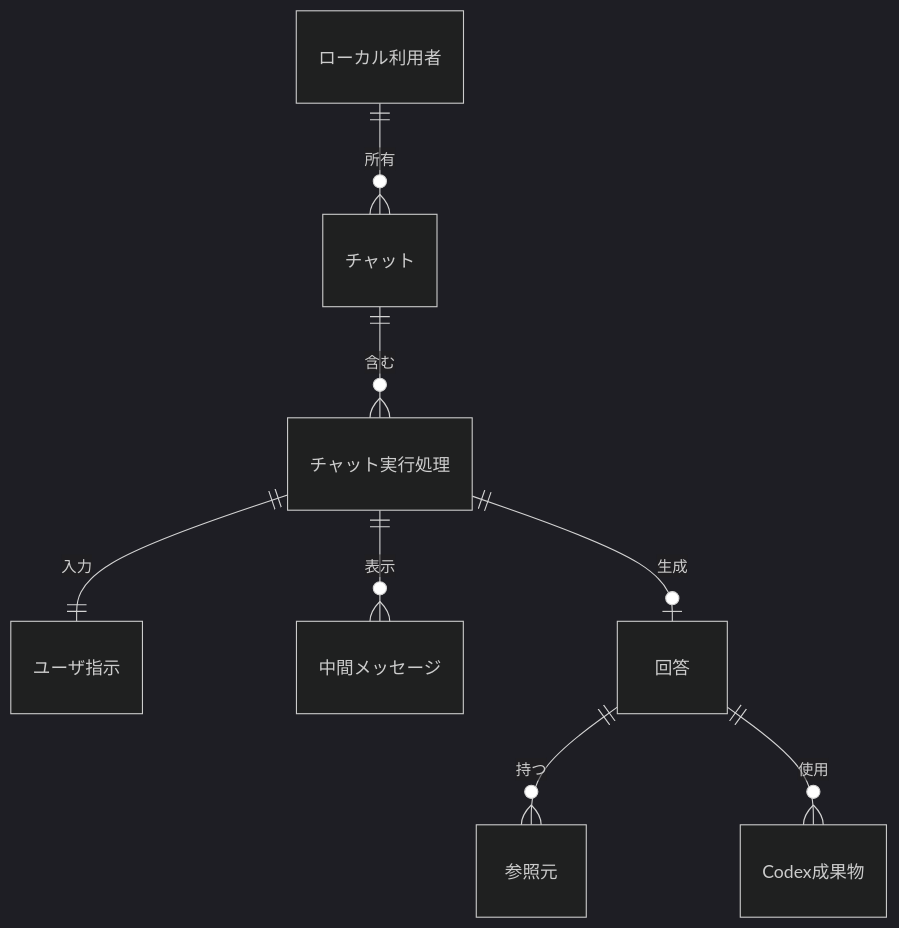
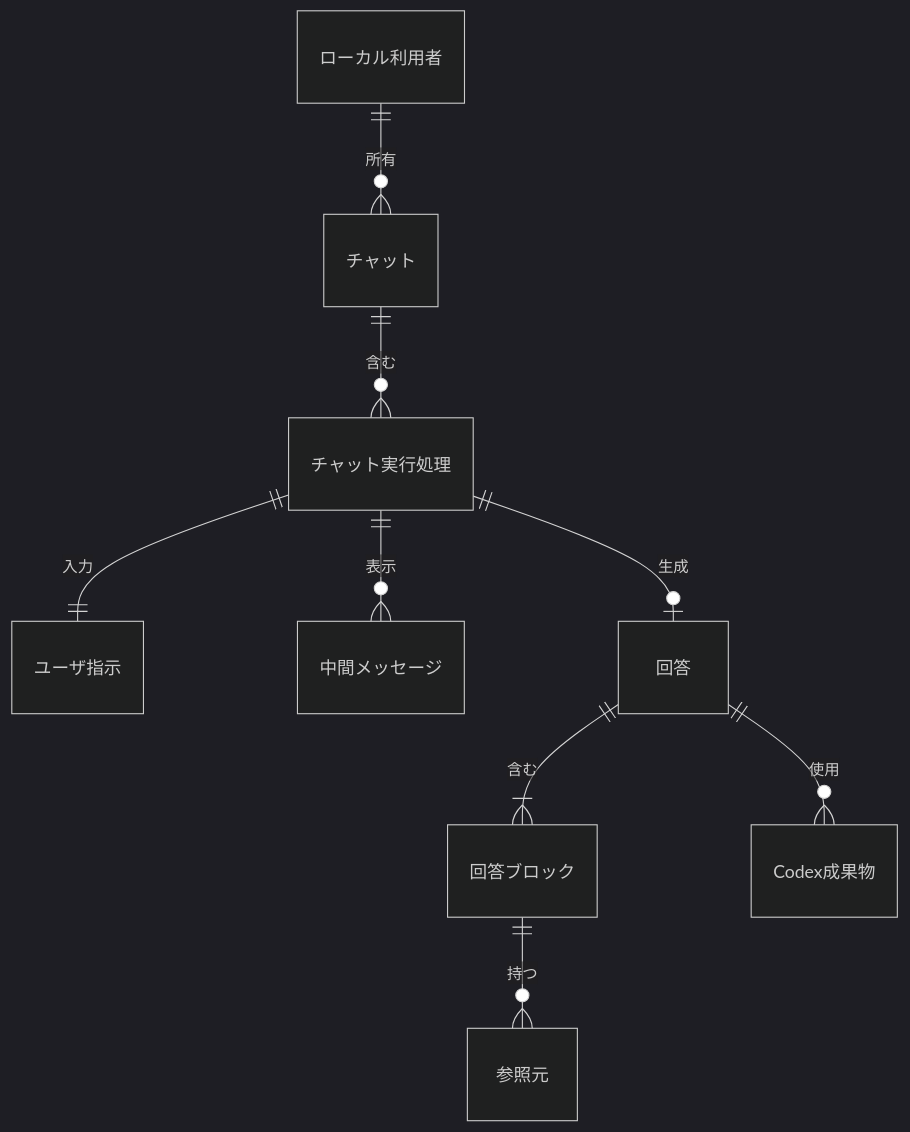
Before and after one commit to mincsys/D-Concierge: the diagram in docs/02_外部設計/05_論理データ設計/論理データ設計.md, drawn with Mermaid (dark theme). The commit also changed other lines of this file and 216 other files, not shown here.

````diff
--- a/docs/02_外部設計/05_論理データ設計/論理データ設計.md
+++ b/docs/02_外部設計/05_論理データ設計/論理データ設計.md
@@ -34,10 +36,11 @@
 ```mermaid
 erDiagram
     ローカル利用者 ||--o{ チャット : 所有
     チャット ||--o{ チャット実行処理 : 含む
     チャット実行処理 ||--|| ユーザ指示 : 入力
     チャット実行処理 ||--o{ 中間メッセージ : 表示
     チャット実行処理 ||--o| 回答 : 生成
-    回答 ||--o{ 参照元 : 持つ
+    回答 ||--|{ 回答ブロック : 含む
+    回答ブロック ||--o{ 参照元 : 持つ
     回答 ||--o{ Codex成果物 : 使用
 ```
````
